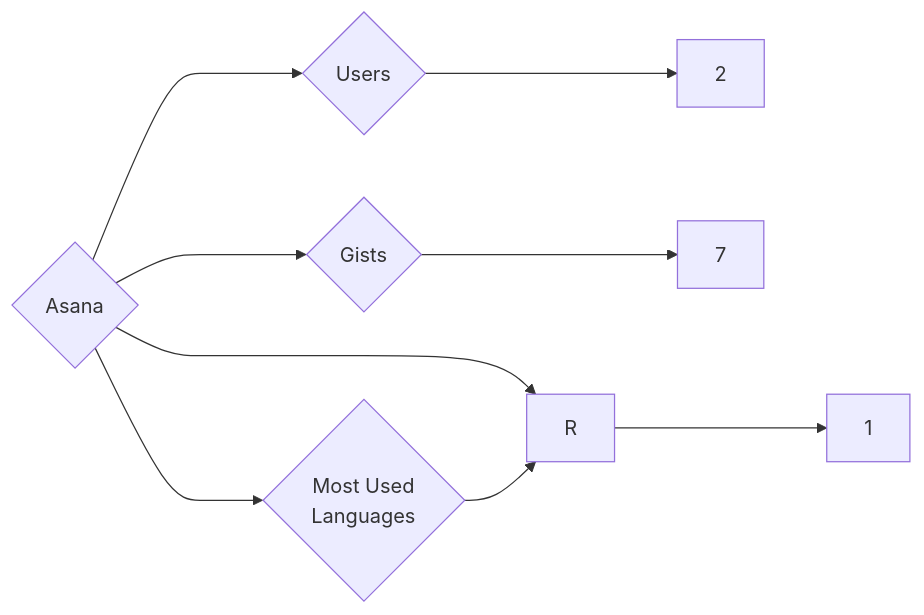
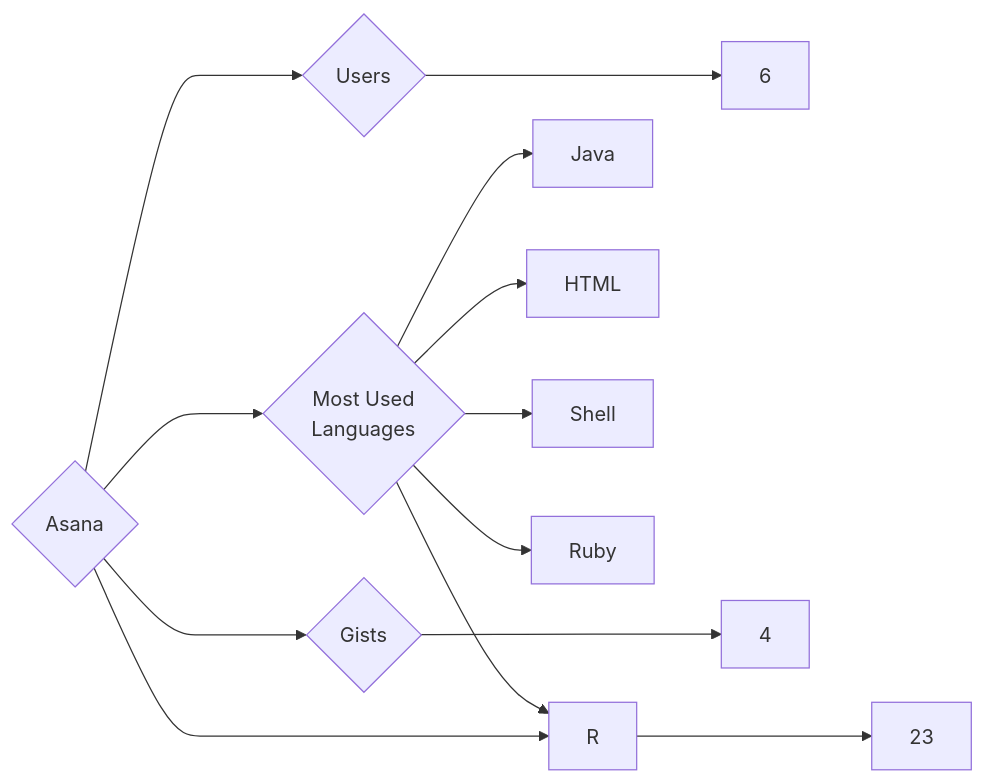
One commit to trickest/insiders changed the diagram in targets/Asana/README.md. Above: the diagram before and after it, drawn with Mermaid. The commit also changed 857 other files, not shown here.

````diff
--- a/targets/Asana/README.md
+++ b/targets/Asana/README.md
@@ -3,9 +3,13 @@
 ```mermaid
 graph LR
 COMPANY_NAME{Asana}
-COMPANY_NAME ---> U{Users} ---> UN[2]
-COMPANY_NAME ---> R{Repositories} ---> RN[1]
-COMPANY_NAME ---> G{Gists} ---> GN[7]
+COMPANY_NAME ---> U{Users} ---> UN[6]
+COMPANY_NAME ---> R{Repositories} ---> RN[23]
+COMPANY_NAME ---> G{Gists} ---> GN[4]
 COMPANY_NAME ---> ML{Most Used<br>Languages}
+ML --> Java[Java]
+ML --> HTML[HTML]
+ML --> Shell[Shell]
+ML --> Ruby[Ruby]
 ML --> R[R]
 ```
````
